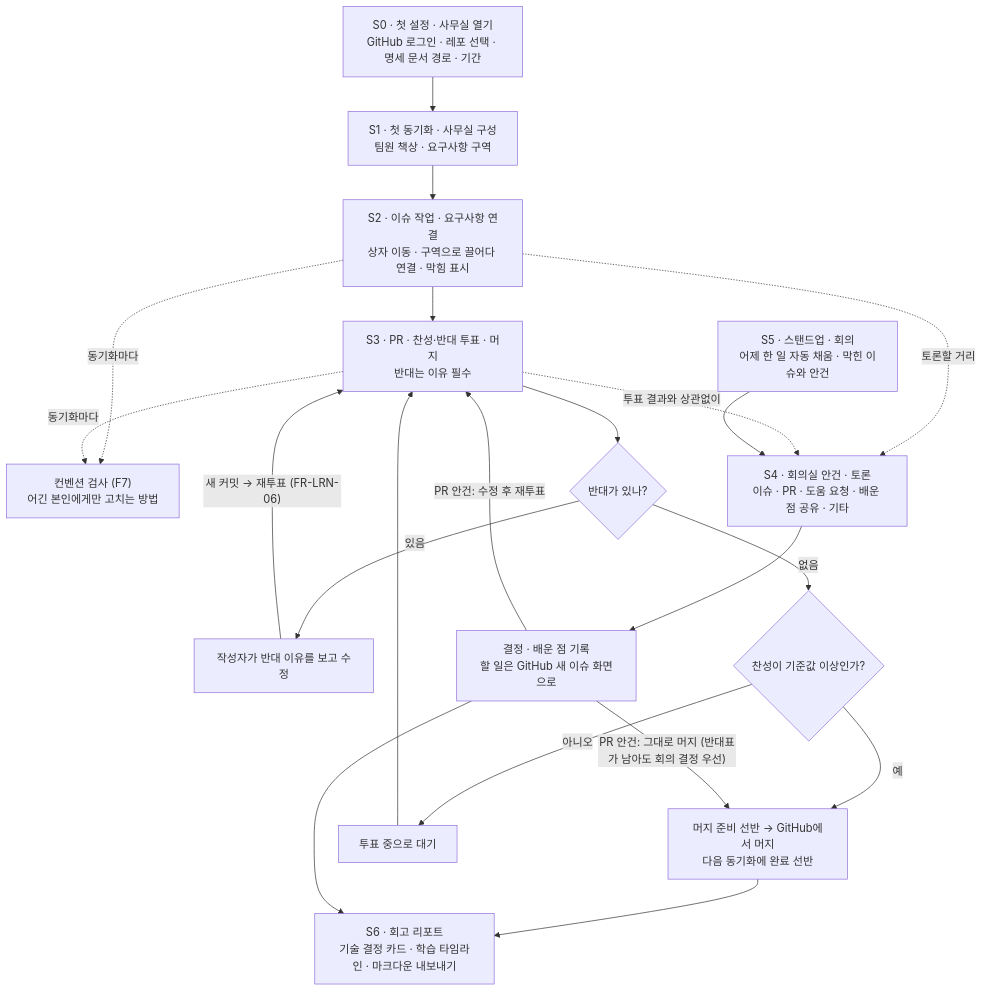
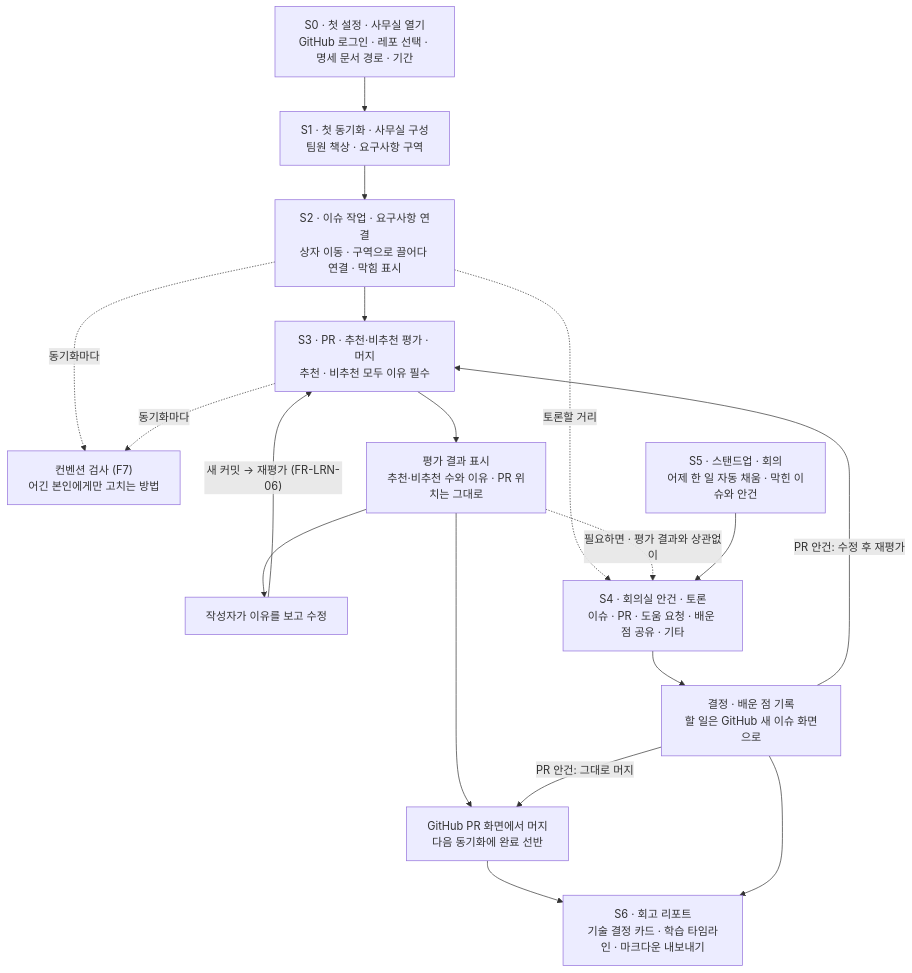
Before and after one commit to SamdoRyu/docs-for-PJ-review: the diagram in docs/02-workflow.md, drawn with Mermaid. The commit also changed other lines of this file and 21 other files, not shown here.

````diff
--- a/docs/02-workflow.md
+++ b/docs/02-workflow.md
@@ -37,31 +37,28 @@
 ```mermaid
 flowchart TD
     S0["S0 · 첫 설정 · 사무실 열기<br/>GitHub 로그인 · 레포 선택 · 명세 문서 경로 · 기간"]
     --> S1["S1 · 첫 동기화 · 사무실 구성<br/>팀원 책상 · 요구사항 구역"]
 
     S1 --> S2["S2 · 이슈 작업 · 요구사항 연결<br/>상자 이동 · 구역으로 끌어다 연결 · 막힘 표시"]
 
-    S2 --> S3["S3 · PR · 찬성·반대 투표 · 머지<br/>반대는 이유 필수"]
+    S2 --> S3["S3 · PR · 추천·비추천 평가 · 머지<br/>추천 · 비추천 모두 이유 필수"]
 
     S2 -. 동기화마다 .-> C["컨벤션 검사 (F7)<br/>어긴 본인에게만 고치는 방법"]
     S3 -. 동기화마다 .-> C
 
-    S3 --> V{"반대가 있나?"}
-    V -->|있음| F["작성자가 반대 이유를 보고 수정"]
-    V -->|없음| Q{"찬성이 기준값 이상인가?"}
-    Q -->|예| M["머지 준비 선반 → GitHub에서 머지<br/>다음 동기화에 완료 선반"]
-    Q -->|아니오| W["투표 중으로 대기"]
-    W --> S3
-    F -->|"새 커밋 → 재투표 (FR-LRN-06)"| S3
+    S3 --> E["평가 결과 표시<br/>추천·비추천 수와 이유 · PR 위치는 그대로"]
+    E --> F["작성자가 이유를 보고 수정"]
+    F -->|"새 커밋 → 재평가 (FR-LRN-06)"| S3
+    E --> M["GitHub PR 화면에서 머지<br/>다음 동기화에 완료 선반"]
 
     S2 -. 토론할 거리 .-> S4["S4 · 회의실 안건 · 토론<br/>이슈 · PR · 도움 요청 · 배운 점 공유 · 기타"]
-    S3 -. 투표 결과와 상관없이 .-> S4
+    E -. 필요하면 · 평가 결과와 상관없이 .-> S4
 
     S5["S5 · 스탠드업 · 회의<br/>어제 한 일 자동 채움 · 막힌 이슈와 안건"] --> S4
     S4 --> D["결정 · 배운 점 기록<br/>할 일은 GitHub 새 이슈 화면으로"]
-    D -->|"PR 안건: 수정 후 재투표"| S3
-    D -->|"PR 안건: 그대로 머지 (반대표가 남아도 회의 결정 우선)"| M
+    D -->|"PR 안건: 수정 후 재평가"| S3
+    D -->|"PR 안건: 그대로 머지"| M
 
     M --> S6["S6 · 회고 리포트<br/>기술 결정 카드 · 학습 타임라인 · 마크다운 내보내기"]
     D --> S6
 ```
````
